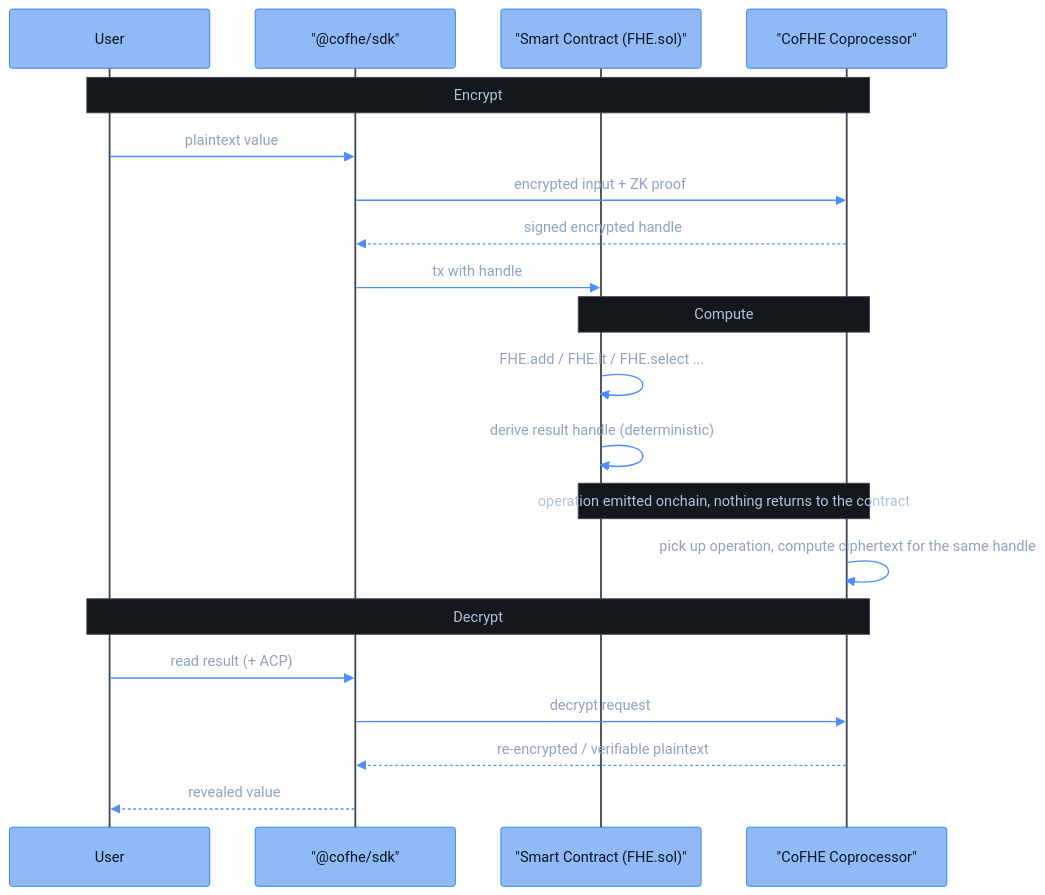
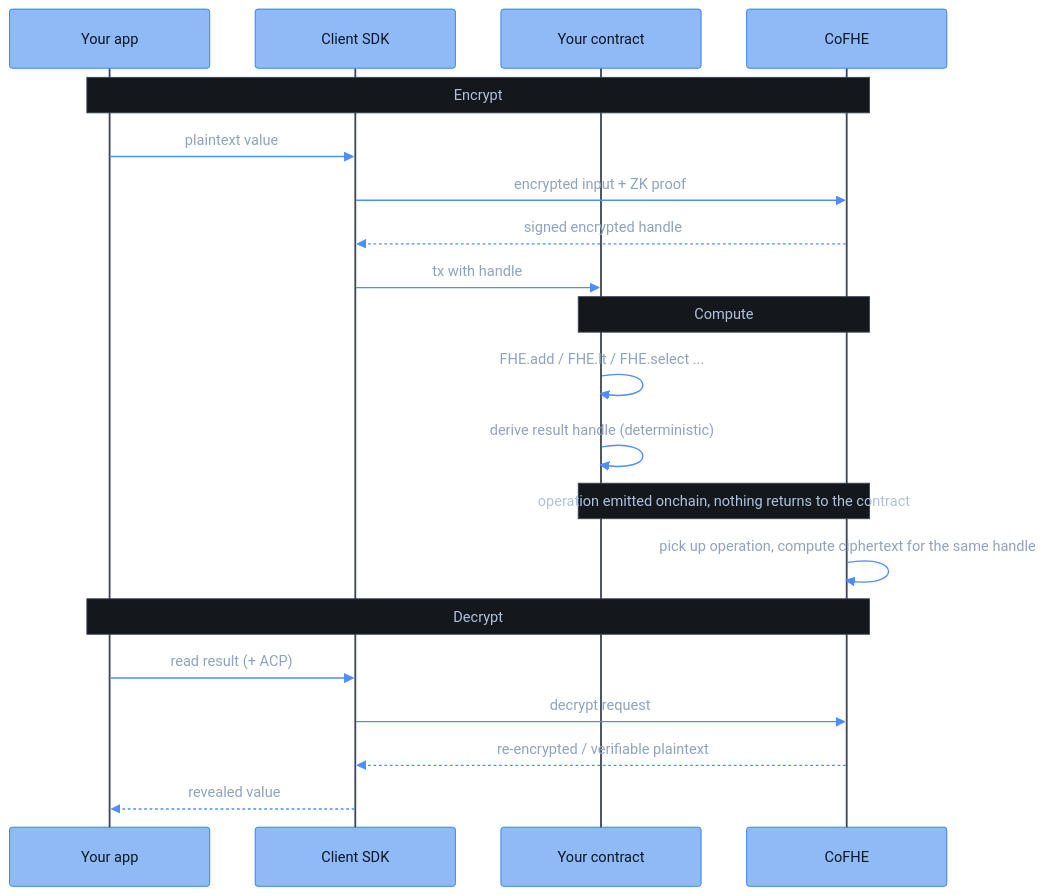
One commit to FhenixProtocol/fhenix-developer-docs changed the diagram in get-started/introduction/what-is-cofhe.mdx. Above: the diagram before and after it, drawn with Mermaid. The commit also changed 1 other file, not shown here.

Commit message:
[DOCS] intro diagrams: canonical component names in what-is-cofhe and mental-model

````diff
--- a/get-started/introduction/what-is-cofhe.mdx
+++ b/get-started/introduction/what-is-cofhe.mdx
@@ -50,26 +50,26 @@
 ```mermaid
 %%{init: {"theme": "base", "themeVariables": {"fontFamily": "Menlo, Monaco, Consolas, monospace", "fontSize": "16px", "primaryColor": "#8FBAF5", "primaryBorderColor": "#2E7CF6", "primaryTextColor": "#0A1626", "lineColor": "#4C8DFF", "signalColor": "#4C8DFF", "signalTextColor": "#8FA3BF", "actorBkg": "#8FBAF5", "actorBorder": "#2E7CF6", "actorTextColor": "#0A1626", "actorLineColor": "#3D4654", "noteBkgColor": "#14171C", "noteBorderColor": "#3D4654", "noteTextColor": "#AFC3DE", "activationBkgColor": "#1E3A5F", "activationBorderColor": "#4C8DFF", "clusterBkg": "#14171C", "clusterBorder": "#3D4654", "titleColor": "#E7EAEE", "edgeLabelBackground": "#8FBAF5", "textColor": "#AFC3DE", "labelTextColor": "#E7EAEE", "tertiaryColor": "#14171C", "loopTextColor": "#AFC3DE", "labelBoxBkgColor": "#1E3A5F", "labelBoxBorderColor": "#4C8DFF"}, "sequence": {"actorFontFamily": "Menlo, Monaco, Consolas, monospace", "messageFontFamily": "Menlo, Monaco, Consolas, monospace", "noteFontFamily": "Menlo, Monaco, Consolas, monospace", "width": 220, "actorFontSize": 16, "messageFontSize": 16, "noteFontSize": 15}}}%%
 sequenceDiagram
-    participant User
-    participant SDK as "@cofhe/sdk"
-    participant Contract as "Smart Contract (FHE.sol)"
-    participant CoFHE as "CoFHE Coprocessor"
+    participant App as Your app
+    participant SDK as Client SDK
+    participant C as Your contract
+    participant CoFHE as CoFHE
 
-    Note over User,CoFHE: Encrypt
-    User->>SDK: plaintext value
+    Note over App,CoFHE: Encrypt
+    App->>SDK: plaintext value
     SDK->>CoFHE: encrypted input + ZK proof
     CoFHE-->>SDK: signed encrypted handle
-    SDK->>Contract: tx with handle
+    SDK->>C: tx with handle
 
-    Note over Contract,CoFHE: Compute
-    Contract->>Contract: FHE.add / FHE.lt / FHE.select ...
-    Contract->>Contract: derive result handle (deterministic)
-    Note over Contract,CoFHE: operation emitted onchain, nothing returns to the contract
+    Note over C,CoFHE: Compute
+    C->>C: FHE.add / FHE.lt / FHE.select ...
+    C->>C: derive result handle (deterministic)
+    Note over C,CoFHE: operation emitted onchain, nothing returns to the contract
     CoFHE->>CoFHE: pick up operation, compute ciphertext for the same handle
 
-    Note over User,CoFHE: Decrypt
-    User->>SDK: read result (+ ACP)
+    Note over App,CoFHE: Decrypt
+    App->>SDK: read result (+ ACP)
     SDK->>CoFHE: decrypt request
     CoFHE-->>SDK: re-encrypted / verifiable plaintext
-    SDK-->>User: revealed value
+    SDK-->>App: revealed value
 ```
````
